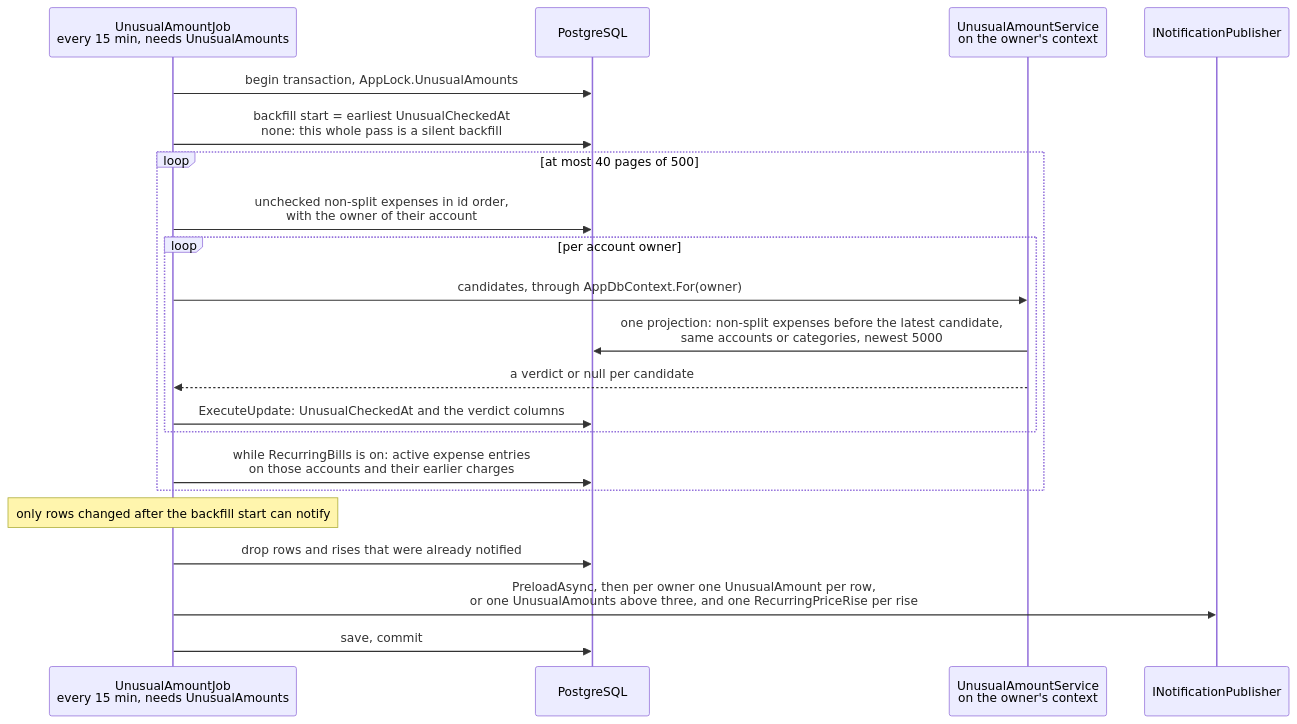
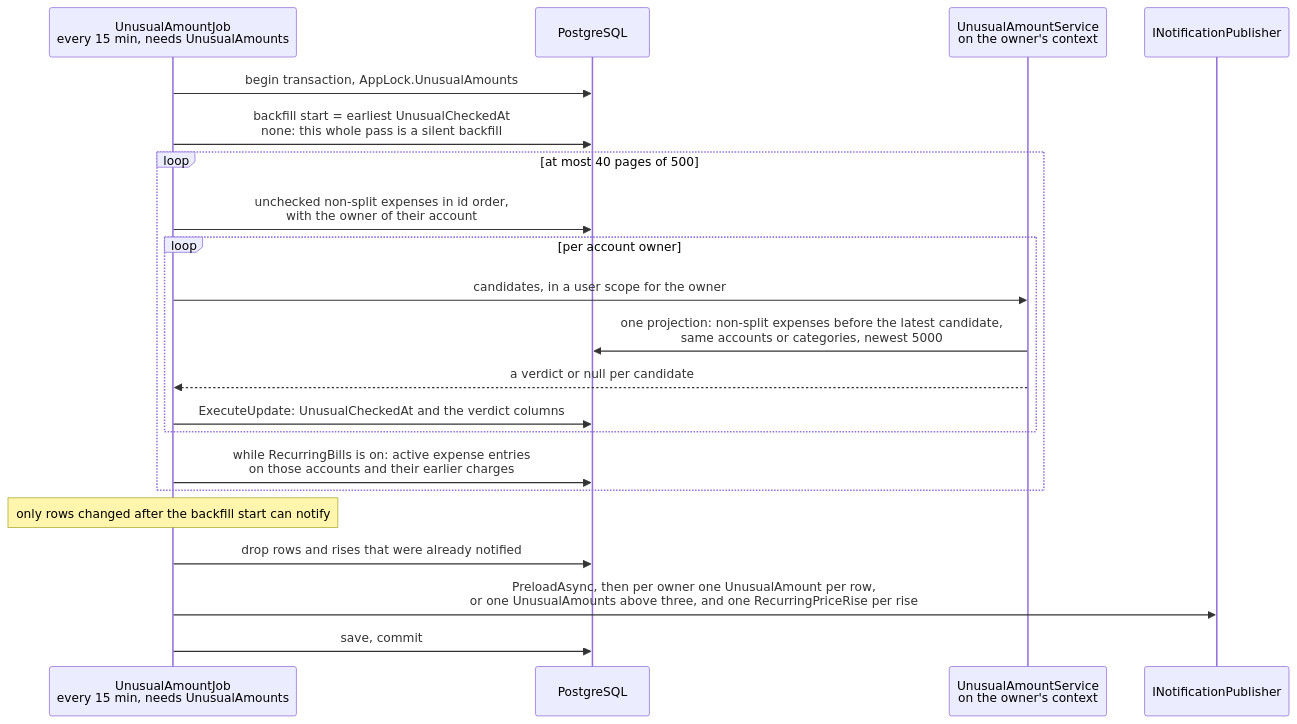
One commit to Justxs/Jx-Finance changed the diagram in docs/features/unusual-amounts.md. Above: the diagram before and after it, drawn with Mermaid. The commit also changed other lines of this file and 108 other files, not shown here.

````diff
--- a/docs/features/unusual-amounts.md
+++ b/docs/features/unusual-amounts.md
@@ -11,23 +11,23 @@
 ```mermaid
 sequenceDiagram
     participant Job as UnusualAmountJob<br/>every 15 min, needs UnusualAmounts
     participant Db as PostgreSQL
     participant Eval as UnusualAmountService<br/>on the owner's context
     participant Pub as INotificationPublisher
     Job->>Db: begin transaction, AppLock.UnusualAmounts
     Job->>Db: backfill start = earliest UnusualCheckedAt<br/>none: this whole pass is a silent backfill
     loop at most 40 pages of 500
         Job->>Db: unchecked non-split expenses in id order,<br/>with the owner of their account
         loop per account owner
-            Job->>Eval: candidates, through AppDbContext.For(owner)
+            Job->>Eval: candidates, in a user scope for the owner
             Eval->>Db: one projection: non-split expenses before the latest candidate,<br/>same accounts or categories, newest 5000
             Eval-->>Job: a verdict or null per candidate
             Job->>Db: ExecuteUpdate: UnusualCheckedAt and the verdict columns
         end
         Job->>Db: while RecurringBills is on: active expense entries<br/>on those accounts and their earlier charges
     end
     Note over Job: only rows changed after the backfill start can notify
     Job->>Db: drop rows and rises that were already notified
     Job->>Pub: PreloadAsync, then per owner one UnusualAmount per row,<br/>or one UnusualAmounts above three, and one RecurringPriceRise per rise
     Job->>Db: save, commit
 ```
````
